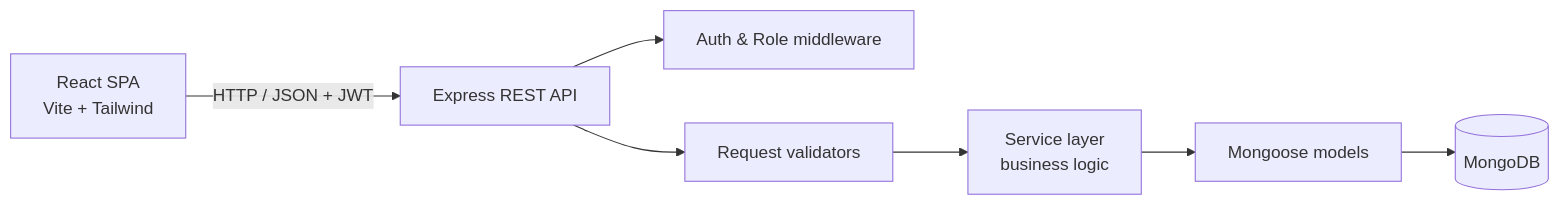
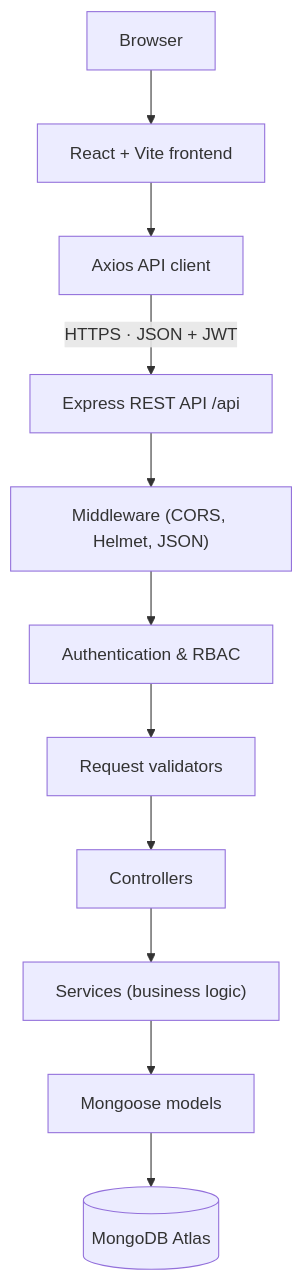
Before and after one commit to sabeerdeveloper555/BizzFlow-Business-Management-System: the diagram in README.md, drawn with Mermaid. The commit also changed other lines of this file and 5 other files, not shown here.

````diff
--- a/README.md
+++ b/README.md
@@ -251,9 +325,13 @@
 ```mermaid
-flowchart LR
-    Browser[React SPA\nVite + Tailwind] -->|HTTP / JSON + JWT| API[Express REST API]
-    API --> Auth[Auth & Role middleware]
-    API --> Validators[Request validators]
-    Validators --> Services[Service layer\nbusiness logic]
-    Services --> Models[Mongoose models]
-    Models --> DB[(MongoDB)]
+flowchart TD
+    Browser["Browser"] --> FE["React + Vite frontend"]
+    FE --> Client["Axios API client"]
+    Client -->|"HTTPS · JSON + JWT"| API["Express REST API /api"]
+    API --> MW["Middleware (CORS, Helmet, JSON)"]
+    MW --> AUTH["Authentication & RBAC"]
+    AUTH --> VAL["Request validators"]
+    VAL --> CTL["Controllers"]
+    CTL --> SVC["Services (business logic)"]
+    SVC --> MG["Mongoose models"]
+    MG --> DB[("MongoDB Atlas")]
 ```
````
